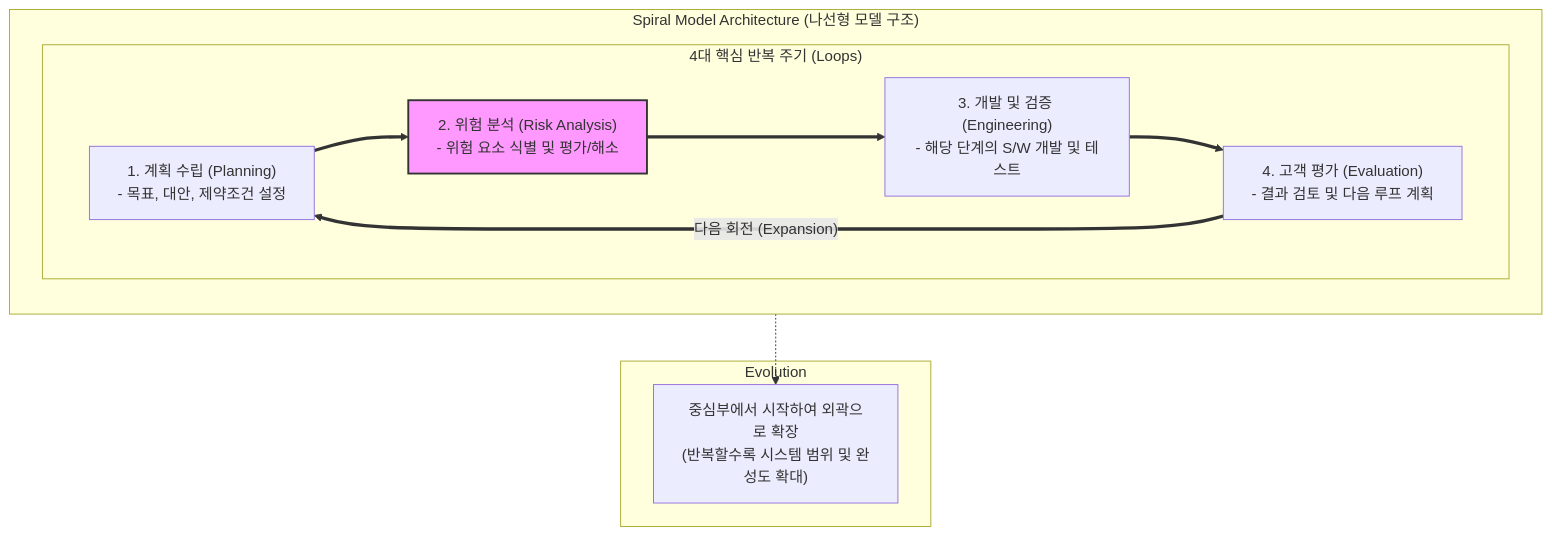
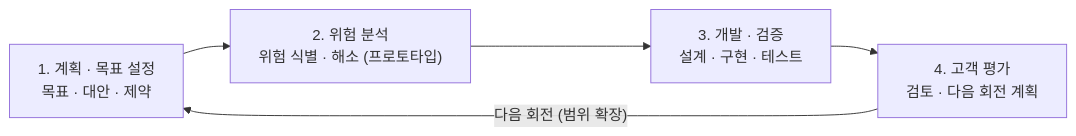
One commit to supremethumb/supremethumb.github.io changed the diagram in content/01_IT Tech/Spiral 모델.md. Above: the diagram before and after it, drawn with Mermaid. The commit also changed other lines of this file and 1087 other files, not shown here.

````diff
--- a/content/01_IT Tech/Spiral 모델.md
+++ b/content/01_IT Tech/Spiral 모델.md
@@ -29,28 +36,7 @@
 ```mermaid
-flowchart TB
-    subgraph "Spiral Model Architecture (나선형 모델 구조)"
-        direction TB
-        
-        subgraph Quadrant["4대 핵심 반복 주기 (Loops)"]
-            Q1["1. 계획 수립 (Planning)<br/>- 목표, 대안, 제약조건 설정"]
-            Q2["2. 위험 분석 (Risk Analysis)<br/>- 위험 요소 식별 및 평가/해소"]
-            Q3["3. 개발 및 검증 (Engineering)<br/>- 해당 단계의 S/W 개발 및 테스트"]
-            Q4["4. 고객 평가 (Evaluation)<br/>- 결과 검토 및 다음 루프 계획"]
-            
-            Q1 ==> Q2
-            Q2 ==> Q3
-            Q3 ==> Q4
-            Q4 == "다음 회전 (Expansion)" ==> Q1
-        end
-    end
-
-    subgraph "Evolution"
-        Direction["중심부에서 시작하여 외곽으로 확장<br/>(반복할수록 시스템 범위 및 완성도 확대)"]
-    end
-
-    Quadrant -.-> Direction
-
-    style Q2 fill:#f9f,stroke:#333,stroke-width:2px
-
-
+flowchart LR
+    Q1["1. 계획 · 목표 설정<br/>목표 · 대안 · 제약"] --> Q2["2. 위험 분석<br/>위험 식별 · 해소 (프로토타입)"]
+    Q2 --> Q3["3. 개발 · 검증<br/>설계 · 구현 · 테스트"]
+    Q3 --> Q4["4. 고객 평가<br/>검토 · 다음 회전 계획"]
+    Q4 -- "다음 회전 (범위 확장)" --> Q1
 ```
````
